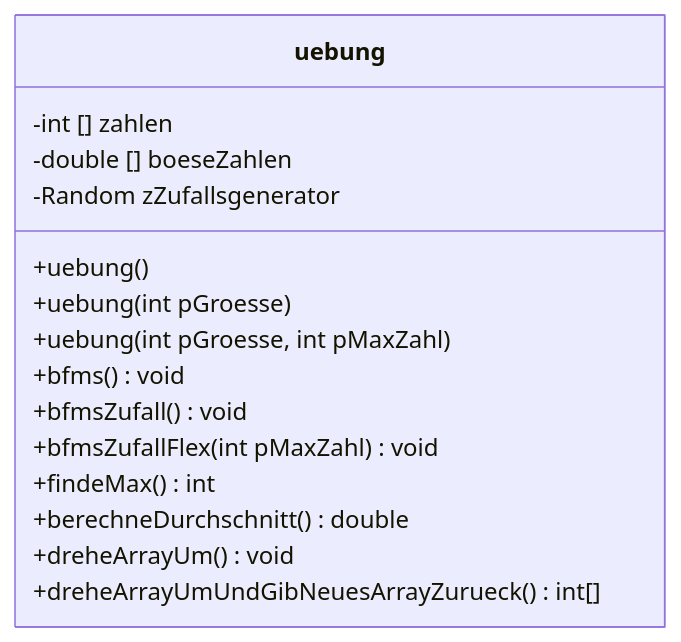
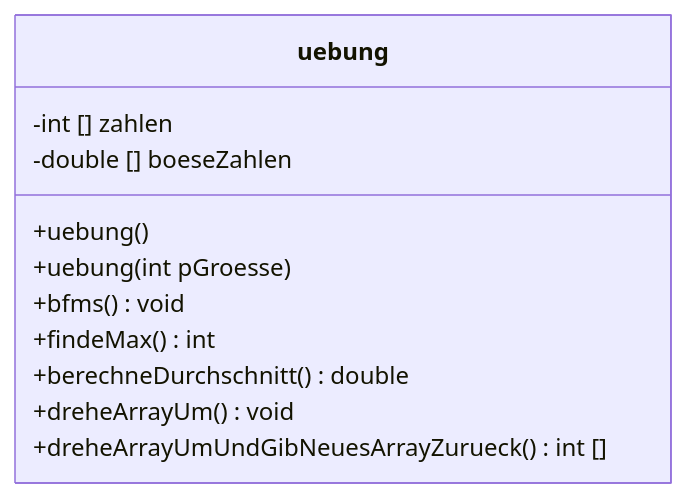
One commit to rueckertgym/begleitmaterial changed the diagram in book/SuchenUndSortieren/umgangArrys.md. Above: the diagram before and after it, drawn with Mermaid. The commit also changed other lines of this file, not shown here.

````diff
--- a/book/SuchenUndSortieren/umgangArrys.md
+++ b/book/SuchenUndSortieren/umgangArrys.md
@@ -11,18 +11,15 @@
 ```mermaid
 classDiagram
+
     class uebung {
       -int [] zahlen
       -double [] boeseZahlen
-      -Random zZufallsgenerator
       +uebung()
       +uebung(int pGroesse)
-      +uebung(int pGroesse, int pMaxZahl)
       +bfms() void
-      +bfmsZufall() void
-      +bfmsZufallFlex(int pMaxZahl) void
       +findeMax() int
       +berechneDurchschnitt() double
       +dreheArrayUm() void
-      +dreheArrayUmUndGibNeuesArrayZurueck() int[] 
+      +dreheArrayUmUndGibNeuesArrayZurueck() int [] 
     }
 ```
````
